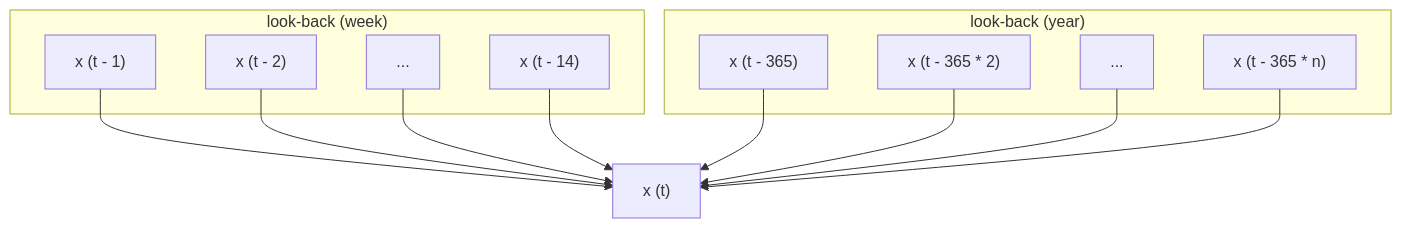
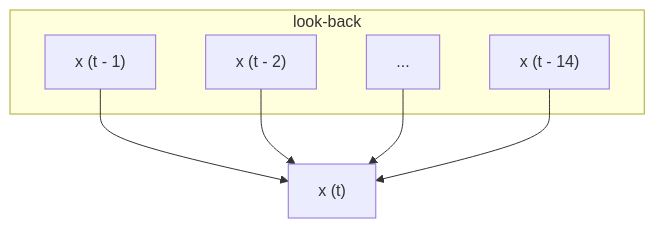
The diagram in projects/weather_forecasting/README.md (flyteorg/flytelab), drawn with Mermaid before and after one commit. The commit also changed other lines of this file and 12 other files, not shown here.

````diff
--- a/projects/weather_forecasting/README.md
+++ b/projects/weather_forecasting/README.md
@@ -48,27 +49,16 @@
 ```mermaid
 graph TB
 
-    subgraph "look-back (week)"
+    subgraph "look-back"
     x1["x (t - 1)"]
     x2["x (t - 2)"]
     xdot["..."]
     x14["x (t - 14)"]
-    end
-
-    subgraph "look-back (year)"
-    x365["x (t - 365)"]
-    x365_2["x (t - 365 * 2)"]
-    x365_dot["..."]
-    x365_n["x (t - 365 * n)"]
     end
 
     x["x (t)"]
     x1 --> x
     x2 --> x
     xdot --> x
     x14 --> x
-    x365 --> x
-    x365_2 --> x
-    x365_dot --> x
-    x365_n --> x
 ```
````
